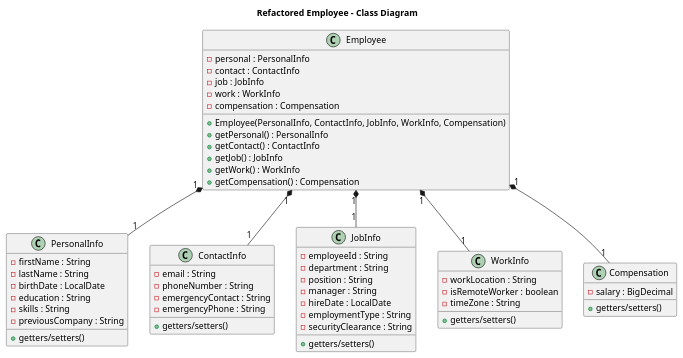
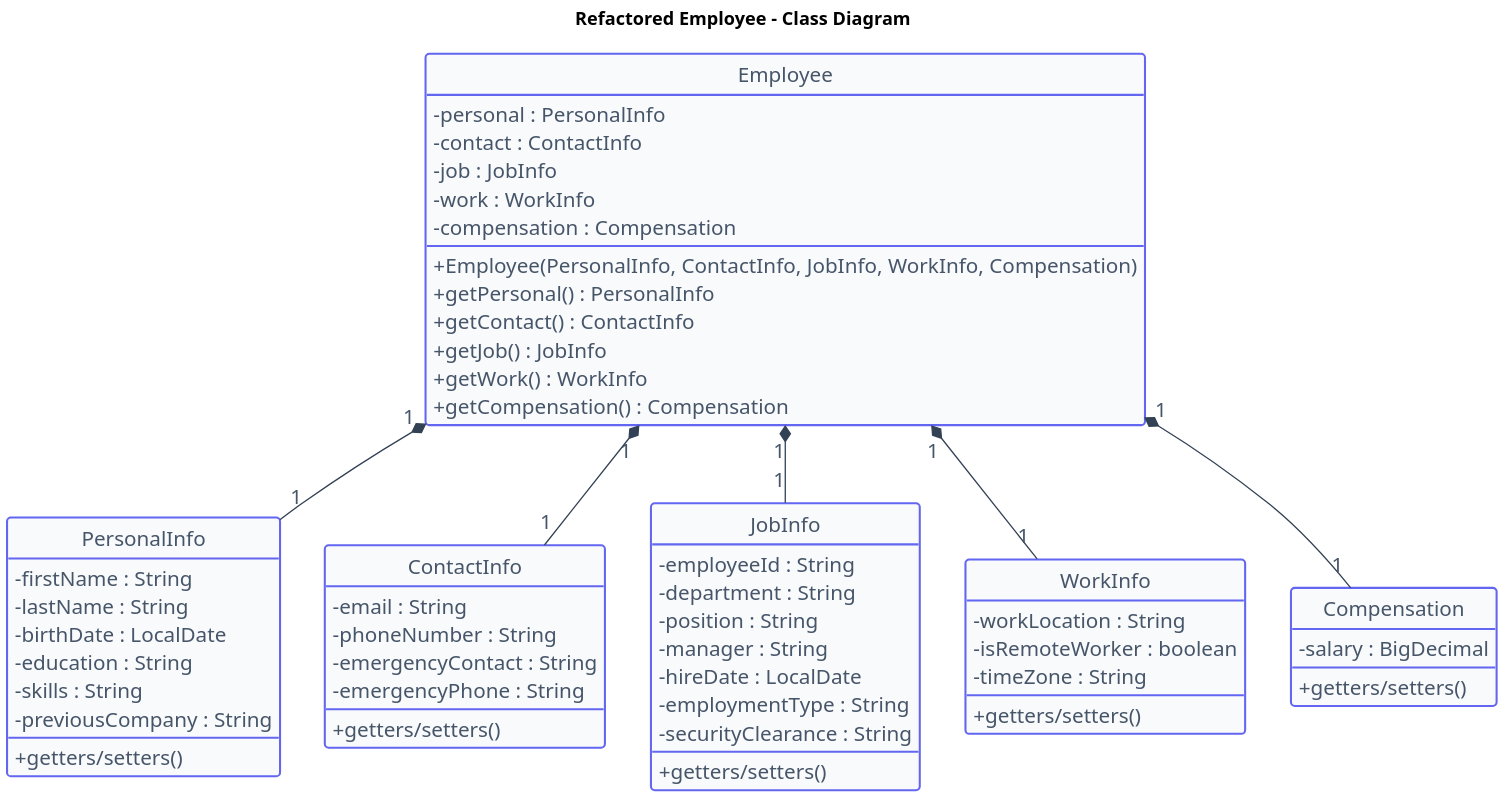
The diagram in src/main/java/dev/kaldiroglu/dp/creational/introduction/employee/better/uml/CD.puml (kaldiroglu/DesignPatternsWithJava), drawn with PlantUML before and after one commit. The commit also changed 283 other files, not shown here.

```diff
--- a/src/main/java/dev/kaldiroglu/dp/creational/introduction/employee/better/uml/CD.puml
+++ b/src/main/java/dev/kaldiroglu/dp/creational/introduction/employee/better/uml/CD.puml
@@ -1,72 +1,136 @@
 @startuml
+' begin shared style: tools/creational-uml-style.iuml
+skinparam backgroundColor transparent
+skinparam shadowing false
+skinparam classAttributeIconSize 0
+skinparam defaultFontName Helvetica
+skinparam defaultFontSize 18
+skinparam dpi 200
+skinparam roundCorner 6
+skinparam ArrowColor #334155
+skinparam ArrowFontColor #475569
+skinparam ArrowFontSize 16
+skinparam rectangle {
+  BackgroundColor #F8FAFC
+  BorderColor #6366F1
+  FontColor #0F172A
+}
+skinparam class {
+  BackgroundColor #F8FAFC
+  BorderColor #6366F1
+  BorderThickness 1.6
+  FontColor #0F172A
+  FontStyle plain
+  AttributeFontColor #475569
+  AttributeFontSize 16
+  AttributeFontStyle plain
+  StereotypeFontColor #6366F1
+  StereotypeFontSize 14
+}
+skinparam object {
+  BackgroundColor #EEF2FF
+  BorderColor #6366F1
+  BorderThickness 1.6
+  FontColor #0F172A
+}
+skinparam note {
+  BackgroundColor #FEF9C3
+  BorderColor #F59E0B
+  FontColor #0F172A
+  FontSize 16
+}
+skinparam package {
+  BackgroundColor #FFFFFF
+  BorderColor #94A3B8
+  FontColor #475569
+  FontSize 16
+}
+skinparam sequence {
+  ArrowColor #334155
+  LifeLineBorderColor #94A3B8
+  LifeLineBackgroundColor #E2E8F0
+  ParticipantBackgroundColor #F8FAFC
+  ParticipantBorderColor #6366F1
+  ParticipantFontColor #0F172A
+  ParticipantFontSize 17
+  ActorBackgroundColor #F8FAFC
+  ActorBorderColor #6366F1
+  DividerBackgroundColor #EEF2FF
+  DividerBorderColor #6366F1
+  DividerFontColor #0F172A
+  GroupBackgroundColor #EEF2FF
+}
+hide empty members
+hide circle
+' end shared style
 title Refactored Employee - Class Diagram
 
 class Employee {
   - personal : PersonalInfo
   - contact : ContactInfo
   - job : JobInfo
   - work : WorkInfo
   - compensation : Compensation
   + Employee(PersonalInfo, ContactInfo, JobInfo, WorkInfo, Compensation)
   + getPersonal() : PersonalInfo
   + getContact() : ContactInfo
   + getJob() : JobInfo
   + getWork() : WorkInfo
   + getCompensation() : Compensation
 }
 
 class PersonalInfo {
   - firstName : String
   - lastName : String
   - birthDate : LocalDate
   - education : String
   - skills : String
   - previousCompany : String
   + getters/setters()
 }
 
 class ContactInfo {
   - email : String
   - phoneNumber : String
   - emergencyContact : String
   - emergencyPhone : String
   + getters/setters()
 }
 
 class JobInfo {
   - employeeId : String
   - department : String
   - position : String
   - manager : String
   - hireDate : LocalDate
   - employmentType : String
   - securityClearance : String
   + getters/setters()
 }
 
 class WorkInfo {
   - workLocation : String
   - isRemoteWorker : boolean
   - timeZone : String
   + getters/setters()
 }
 
 class Compensation {
   - salary : BigDecimal
   + getters/setters()
 }
 
 Employee "1" *-- "1" PersonalInfo
 Employee "1" *-- "1" ContactInfo
 Employee "1" *-- "1" JobInfo
 Employee "1" *-- "1" WorkInfo
 Employee "1" *-- "1" Compensation
 
 'note right of Employee
 '  Defaults applied in Employee():
 '  - job.hireDate = LocalDate.now()
 '  - job.employmentType = "Full-time"
 '  - work.isRemoteWorker = false
 '  - work.timeZone = "EST"
 'end note
 @enduml
```
